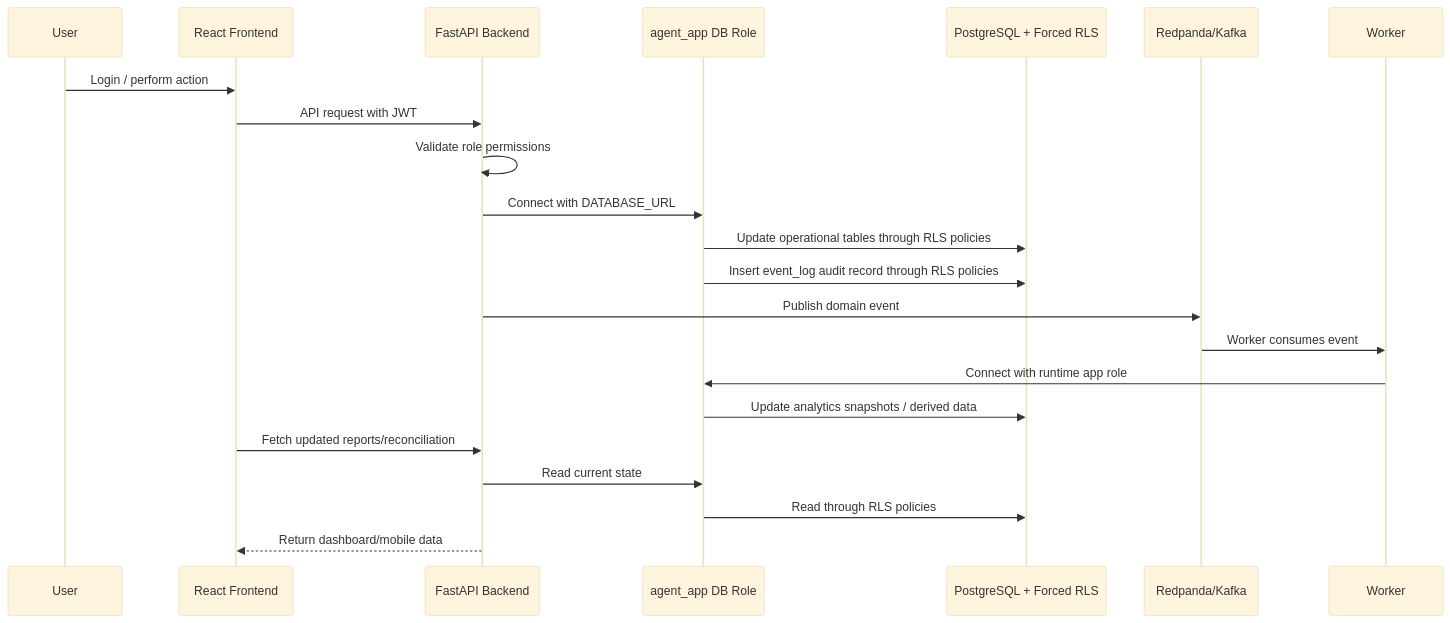
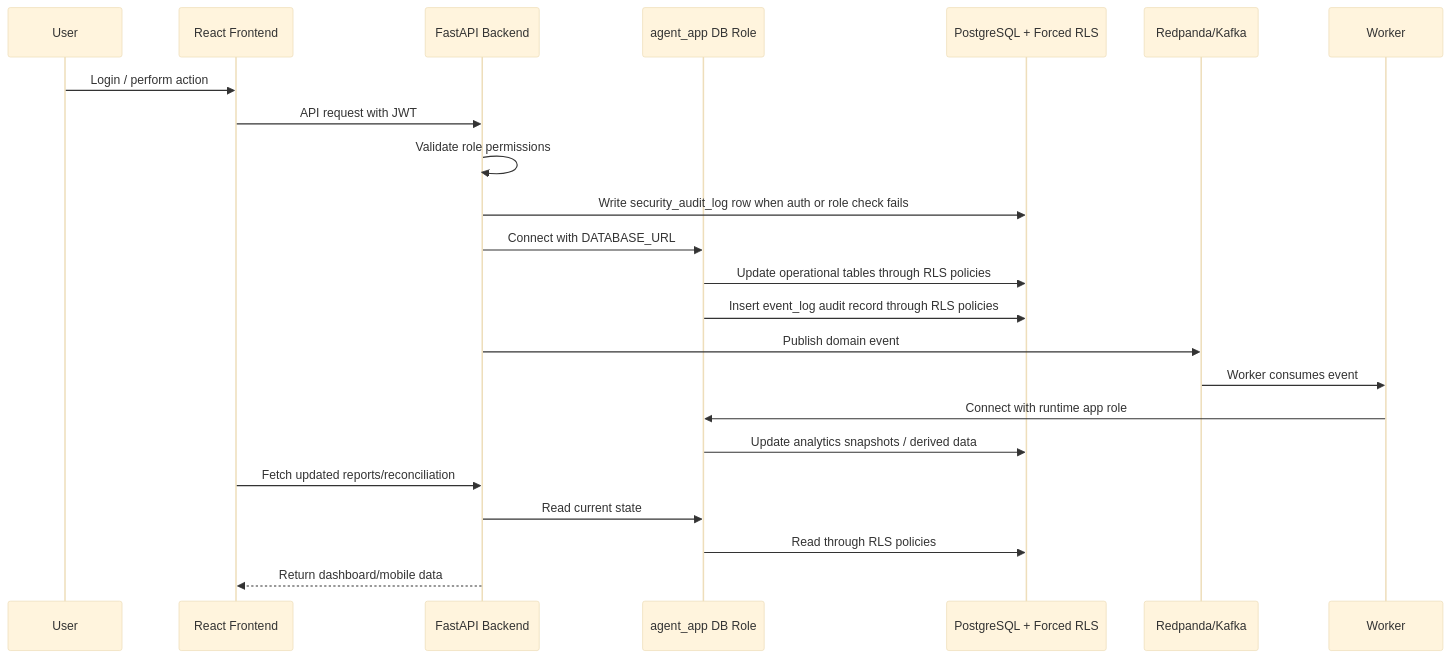
The fourth of 6 diagrams in docs/architecture.md (waigisteve/agent-network-infra-sim), drawn with Mermaid (base theme) before and after one commit. The commit also changed other lines of this file and 14 other files, not shown here.

Commit message:
Add security audit logging and readiness detail

````diff
--- a/docs/architecture.md
+++ b/docs/architecture.md
@@ -402,25 +421,26 @@
 ```mermaid
 sequenceDiagram
     participant U as User
     participant FE as React Frontend
     participant API as FastAPI Backend
     participant APP as agent_app DB Role
     participant DB as PostgreSQL + Forced RLS
     participant K as Redpanda/Kafka
     participant W as Worker
 
     U->>FE: Login / perform action
     FE->>API: API request with JWT
     API->>API: Validate role permissions
+    API->>DB: Write security_audit_log row when auth or role check fails
     API->>APP: Connect with DATABASE_URL
     APP->>DB: Update operational tables through RLS policies
     APP->>DB: Insert event_log audit record through RLS policies
     API->>K: Publish domain event
     K->>W: Worker consumes event
     W->>APP: Connect with runtime app role
     APP->>DB: Update analytics snapshots / derived data
     FE->>API: Fetch updated reports/reconciliation
     API->>APP: Read current state
     APP->>DB: Read through RLS policies
     API-->>FE: Return dashboard/mobile data
 ```
````
